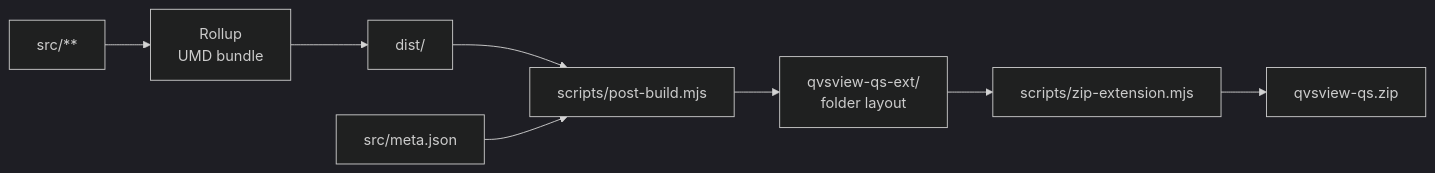
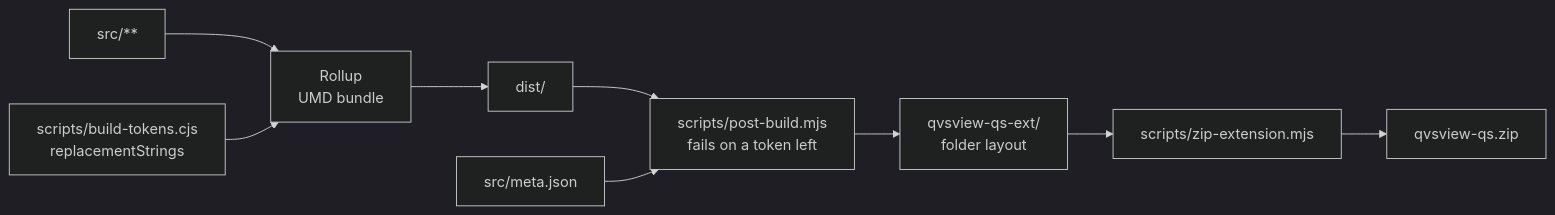
One commit to ptarmiganlabs/QvsView.qs changed the sixth of 6 diagrams in docs/architecture.md. Above: the diagram before and after it, drawn with Mermaid (dark theme). The commit also changed other lines of this file and 12 other files, not shown here.

First line of the commit message:
build: replace build tokens through nebula's replacementStrings

````diff
--- a/docs/architecture.md
+++ b/docs/architecture.md
@@ -561,10 +561,11 @@
 ```mermaid
 flowchart LR
     SRC[src/**] --> ROLLUP[Rollup<br/>UMD bundle]
     ROLLUP --> DIST[dist/]
-    DIST --> POST[scripts/post-build.mjs]
+    TOKENS[scripts/build-tokens.cjs<br/>replacementStrings] --> ROLLUP
+    DIST --> POST[scripts/post-build.mjs<br/>fails on a token left]
     POST --> EXTDIR[qvsview-qs-ext/<br/>folder layout]
     META[src/meta.json] --> POST
     EXTDIR --> ZIP[scripts/zip-extension.mjs]
     ZIP --> ARTIFACT[qvsview-qs.zip]
 ```
````
